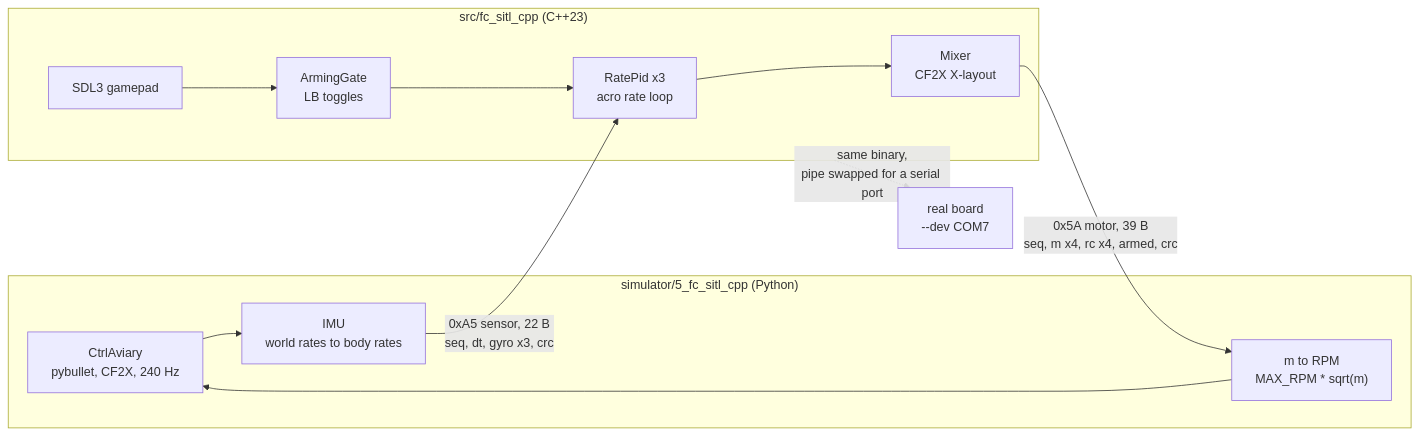
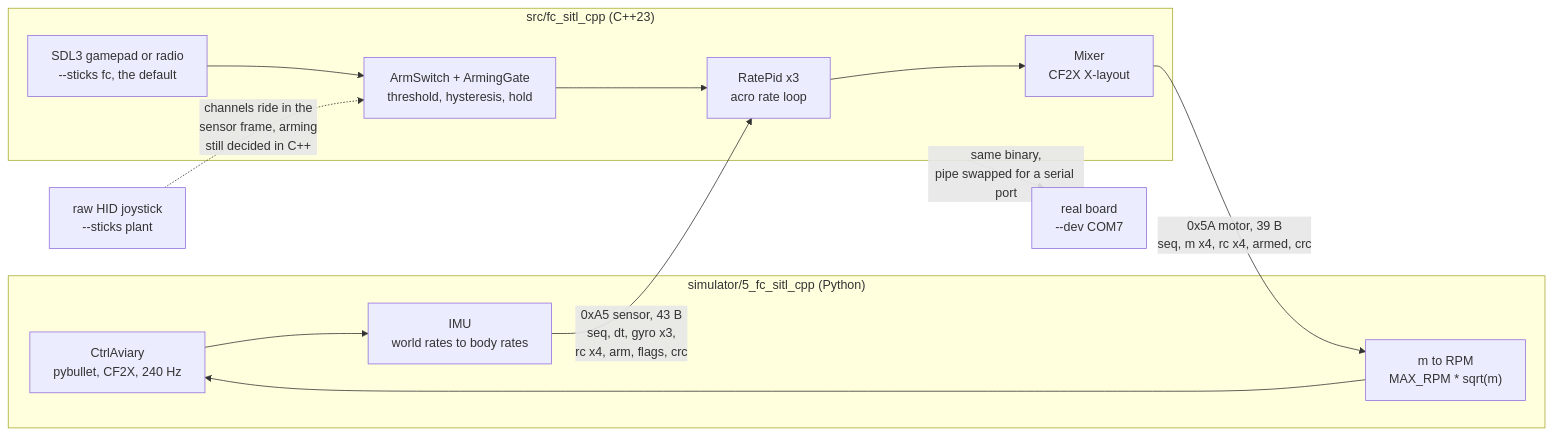
The diagram in README.md (royyandzakiy/fc-simulation), drawn with Mermaid before and after one commit. The commit also changed other lines of this file and 11 other files, not shown here.

````diff
--- a/README.md
+++ b/README.md
@@ -43,24 +46,27 @@
 ```mermaid
 flowchart LR
     subgraph PY["simulator/5_fc_sitl_cpp (Python)"]
         W["CtrlAviary<br/>pybullet, CF2X, 240 Hz"]
         IMU["IMU<br/>world rates to body rates"]
         CONV["m to RPM<br/>MAX_RPM * sqrt(m)"]
         W --> IMU
         CONV --> W
     end
 
     subgraph CPP["src/fc_sitl_cpp (C++23)"]
         PID["RatePid x3<br/>acro rate loop"]
         MIX["Mixer<br/>CF2X X-layout"]
-        GATE["ArmingGate<br/>LB toggles"]
-        PAD["SDL3 gamepad"]
+        GATE["ArmSwitch + ArmingGate<br/>threshold, hysteresis, hold"]
+        PAD["SDL3 gamepad or radio<br/>--sticks fc, the default"]
         PAD --> GATE --> PID --> MIX
     end
 
-    IMU -- "0xA5 sensor, 22 B<br/>seq, dt, gyro x3, crc" --> PID
+    IMU -- "0xA5 sensor, 43 B<br/>seq, dt, gyro x3,<br/>rc x4, arm, flags, crc" --> PID
     MIX -- "0x5A motor, 39 B<br/>seq, m x4, rc x4, armed, crc" --> CONV
 
     HW["real board<br/>--dev COM7"]
     CPP -.->|"same binary,<br/>pipe swapped for a serial port"| HW
+
+    RAD["raw HID joystick<br/>--sticks plant"]
+    RAD -.->|"channels ride in the<br/>sensor frame, arming<br/>still decided in C++"| GATE
 ```
````
